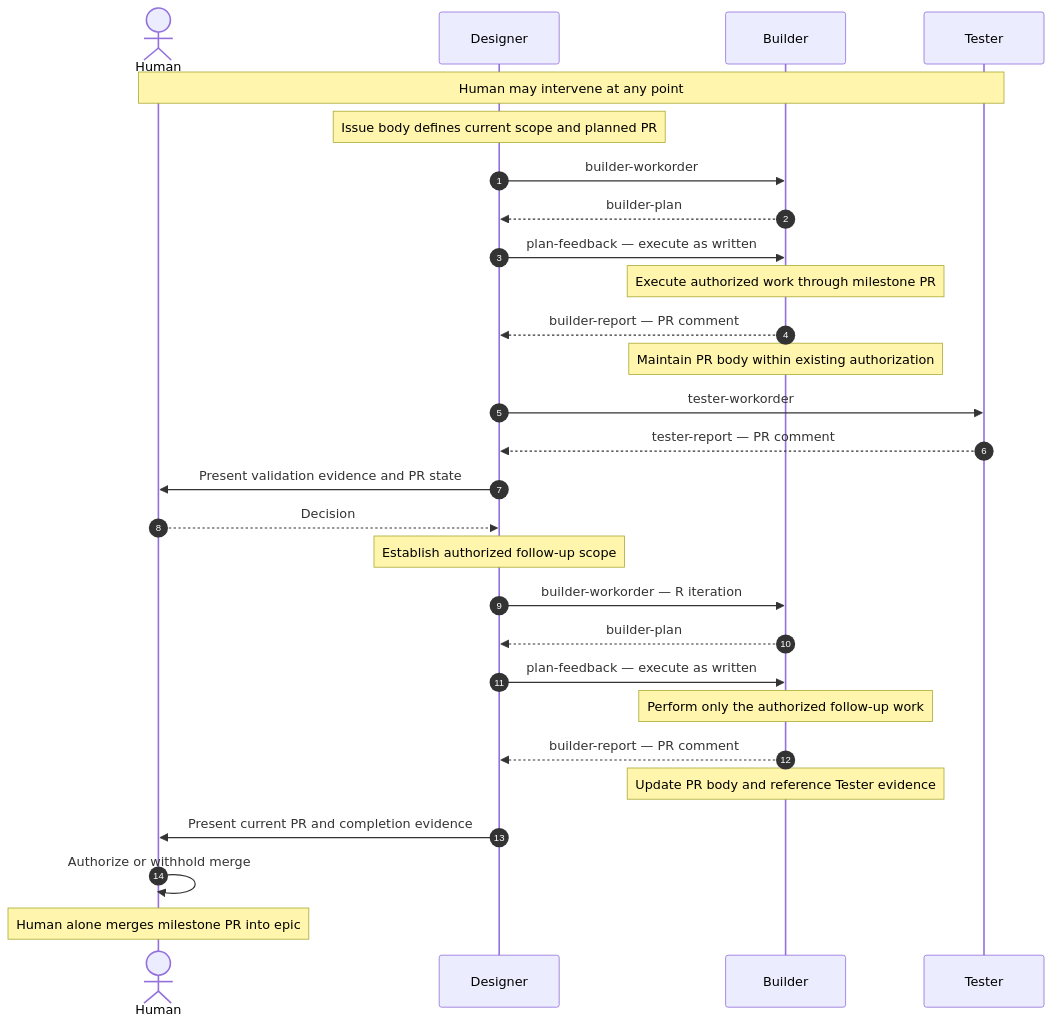
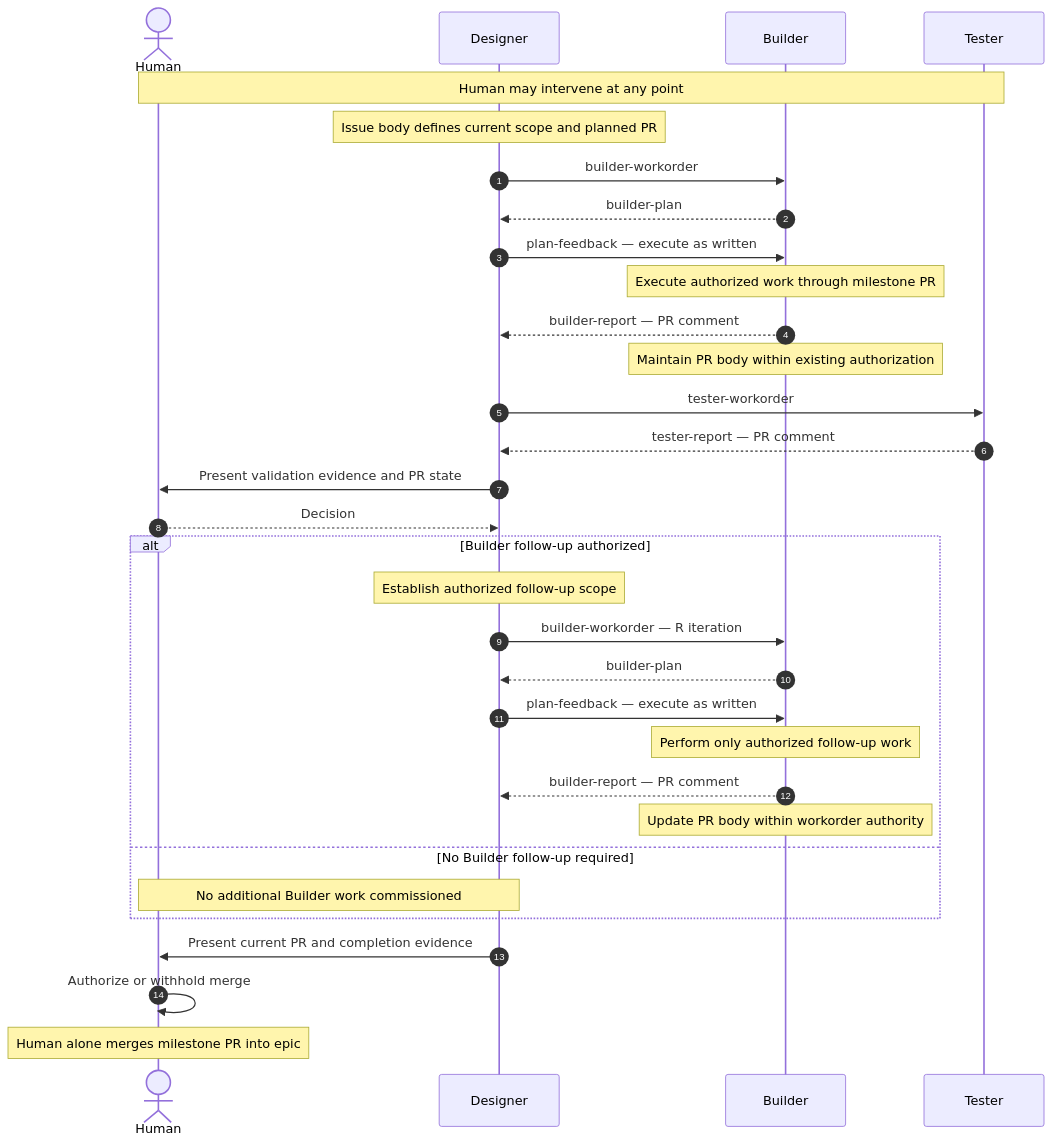
The first of 6 diagrams in skills/agent-workflow/references/master-workflow.md (iamthenop/infurnet-skills), drawn with Mermaid before and after one commit. The commit also changed other lines of this file, not shown here.

Commit message:
master workflow: make R iteration conditional after validation

````diff
--- a/skills/agent-workflow/references/master-workflow.md
+++ b/skills/agent-workflow/references/master-workflow.md
@@ -44,42 +51,47 @@
 ```mermaid
 sequenceDiagram
     autonumber
 
     actor H as Human
     participant D as Designer
     participant B as Builder
     participant T as Tester
 
     Note over H,T: Human may intervene at any point
     Note over D: Issue body defines current scope and planned PR
 
     D->>B: builder-workorder
     B-->>D: builder-plan
     D->>B: plan-feedback — execute as written
 
     Note over B: Execute authorized work through milestone PR
 
     B-->>D: builder-report — PR comment
     Note over B: Maintain PR body within existing authorization
 
     D->>T: tester-workorder
     T-->>D: tester-report — PR comment
 
     D->>H: Present validation evidence and PR state
     H-->>D: Decision
 
-    Note over D: Establish authorized follow-up scope
+    alt Builder follow-up authorized
+        Note over D: Establish authorized follow-up scope
 
-    D->>B: builder-workorder — R iteration
-    B-->>D: builder-plan
-    D->>B: plan-feedback — execute as written
+        D->>B: builder-workorder — R iteration
+        B-->>D: builder-plan
+        D->>B: plan-feedback — execute as written
 
-    Note over B: Perform only the authorized follow-up work
+        Note over B: Perform only authorized follow-up work
 
-    B-->>D: builder-report — PR comment
-    Note over B: Update PR body and reference Tester evidence
+        B-->>D: builder-report — PR comment
+        Note over B: Update PR body within workorder authority
+
+    else No Builder follow-up required
+        Note over D,H: No additional Builder work commissioned
+    end
 
     D->>H: Present current PR and completion evidence
     H->>H: Authorize or withhold merge
     Note over H: Human alone merges milestone PR into epic
 ```
````
